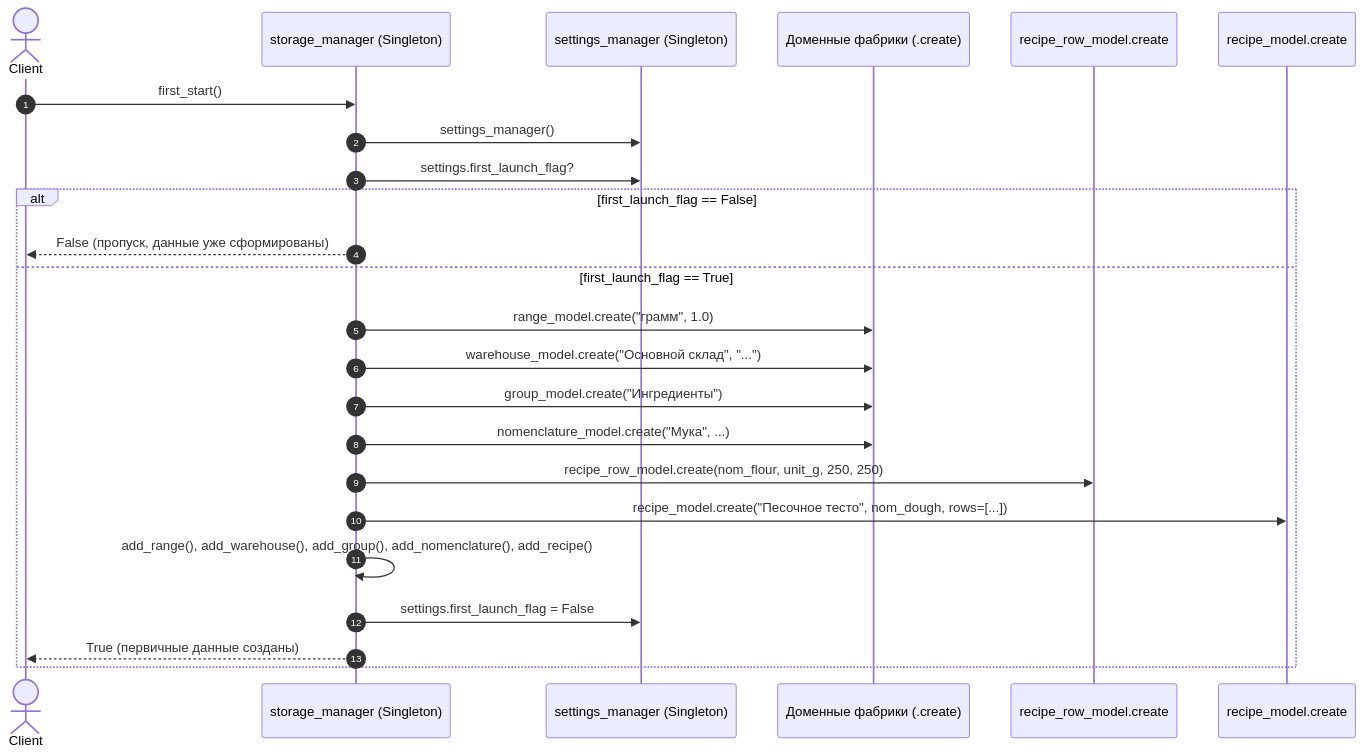
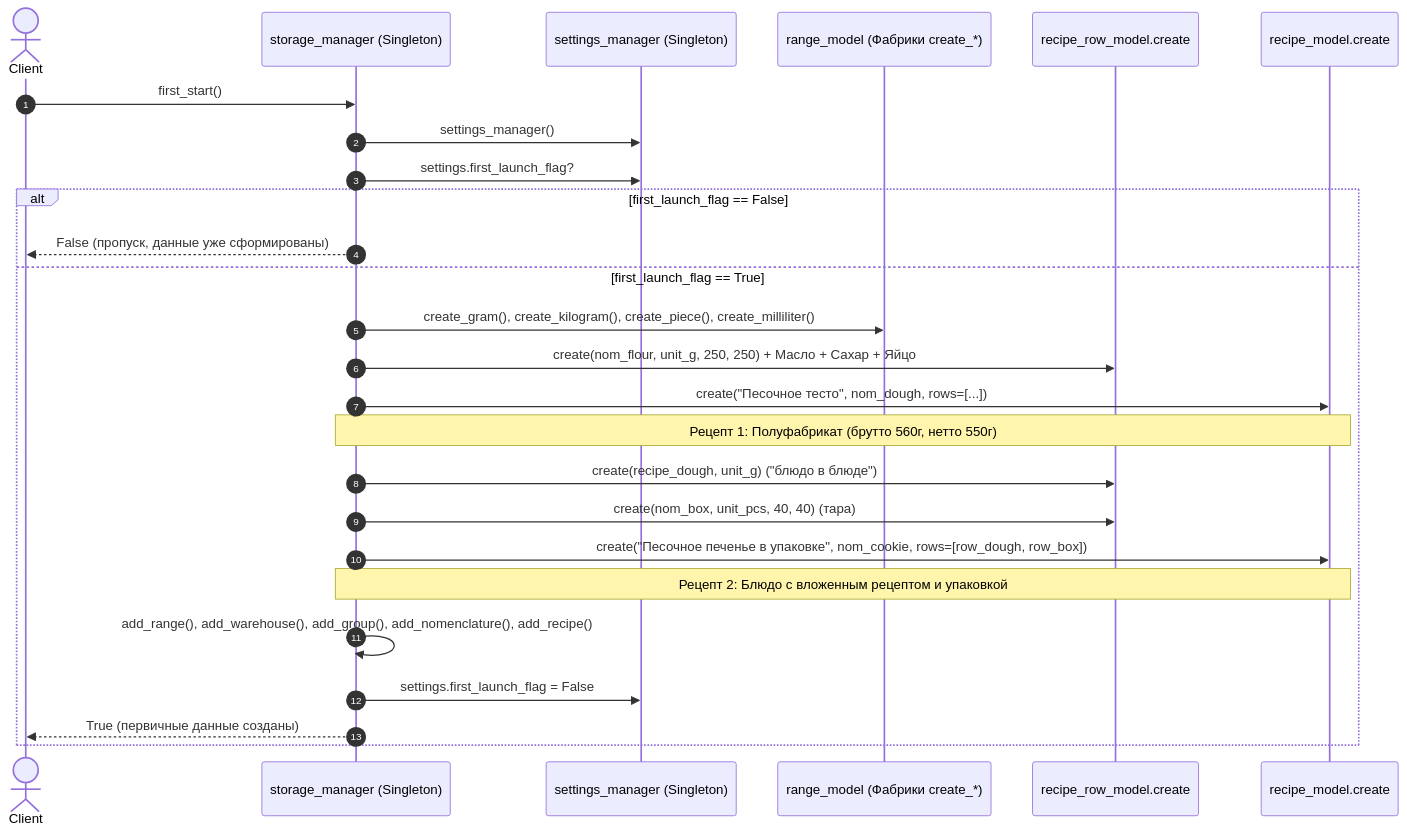
The third of 4 diagrams in _docs/UML_diagrams.md (Hikaru-Hrn/Patterns2026_YM), drawn with Mermaid before and after one commit. The commit also changed other lines of this file, not shown here.

Commit message:
updated UML

````diff
--- a/_docs/UML_diagrams.md
+++ b/_docs/UML_diagrams.md
@@ -267,27 +282,29 @@
 ```mermaid
 sequenceDiagram
     autonumber
     actor Client
     participant Store as storage_manager (Singleton)
     participant Sett as settings_manager (Singleton)
-    participant Factory as Доменные фабрики (.create)
+    participant RangeFactory as range_model (Фабрики create_*)
     participant RowFactory as recipe_row_model.create
     participant RecipeFactory as recipe_model.create
 
     Client->>Store: first_start()
     Store->>Sett: settings_manager()
     Store->>Sett: settings.first_launch_flag?
     alt first_launch_flag == False
         Store-->>Client: False (пропуск, данные уже сформированы)
     else first_launch_flag == True
-        Store->>Factory: range_model.create("грамм", 1.0)
-        Store->>Factory: warehouse_model.create("Основной склад", "...")
-        Store->>Factory: group_model.create("Ингредиенты")
-        Store->>Factory: nomenclature_model.create("Мука", ...)
-        Store->>RowFactory: recipe_row_model.create(nom_flour, unit_g, 250, 250)
-        Store->>RecipeFactory: recipe_model.create("Песочное тесто", nom_dough, rows=[...])
+        Store->>RangeFactory: create_gram(), create_kilogram(), create_piece(), create_milliliter()
+        Store->>RowFactory: create(nom_flour, unit_g, 250, 250) + Масло + Сахар + Яйцо
+        Store->>RecipeFactory: create("Песочное тесто", nom_dough, rows=[...])
+        Note over Store,RecipeFactory: Рецепт 1: Полуфабрикат (брутто 560г, нетто 550г)
+        Store->>RowFactory: create(recipe_dough, unit_g) ("блюдо в блюде")
+        Store->>RowFactory: create(nom_box, unit_pcs, 40, 40) (тара)
+        Store->>RecipeFactory: create("Песочное печенье в упаковке", nom_cookie, rows=[row_dough, row_box])
+        Note over Store,RecipeFactory: Рецепт 2: Блюдо с вложенным рецептом и упаковкой
         Store->>Store: add_range(), add_warehouse(), add_group(), add_nomenclature(), add_recipe()
         Store->>Sett: settings.first_launch_flag = False
         Store-->>Client: True (первичные данные созданы)
     end
 ```
````
